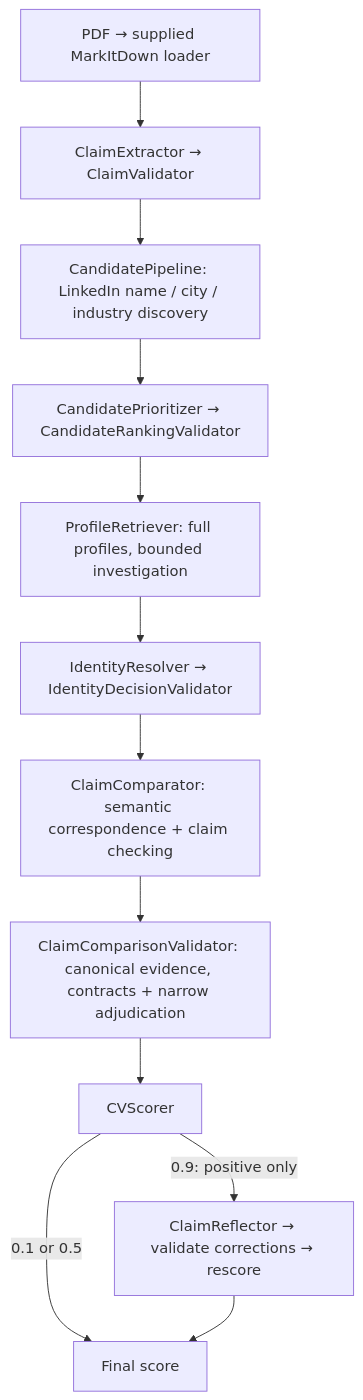
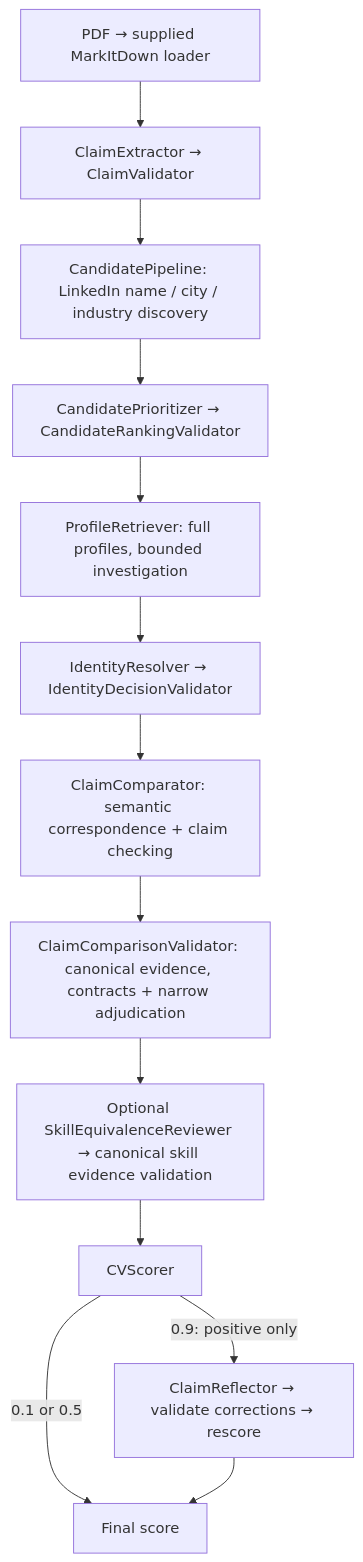
Before and after one commit to alistairkung/FTEC5660-HW2: the diagram in README.md, drawn with Mermaid. The commit also changed other lines of this file and 1 other file, not shown here.

Commit message:
Report frozen skill study and complete public acceptance history

````diff
--- a/README.md
+++ b/README.md
@@ -97,14 +97,15 @@
 ```mermaid
 flowchart TD
     PDF["PDF → supplied MarkItDown loader"] --> EX["ClaimExtractor → ClaimValidator"]
     EX --> DISC["CandidatePipeline: LinkedIn name / city / industry discovery"]
     DISC --> RANK["CandidatePrioritizer → CandidateRankingValidator"]
     RANK --> RET["ProfileRetriever: full profiles, bounded investigation"]
     RET --> ID["IdentityResolver → IdentityDecisionValidator"]
     ID --> CMP["ClaimComparator: semantic correspondence + claim checking"]
     CMP --> VAL["ClaimComparisonValidator: canonical evidence, contracts + narrow adjudication"]
-    VAL --> SCORE["CVScorer"]
+    VAL --> SKILL["Optional SkillEquivalenceReviewer → canonical skill evidence validation"]
+    SKILL --> SCORE["CVScorer"]
     SCORE -->|"0.9: positive only"| REF["ClaimReflector → validate corrections → rescore"]
     SCORE -->|"0.1 or 0.5"| OUT["Final score"]
     REF --> OUT
 ```
````
